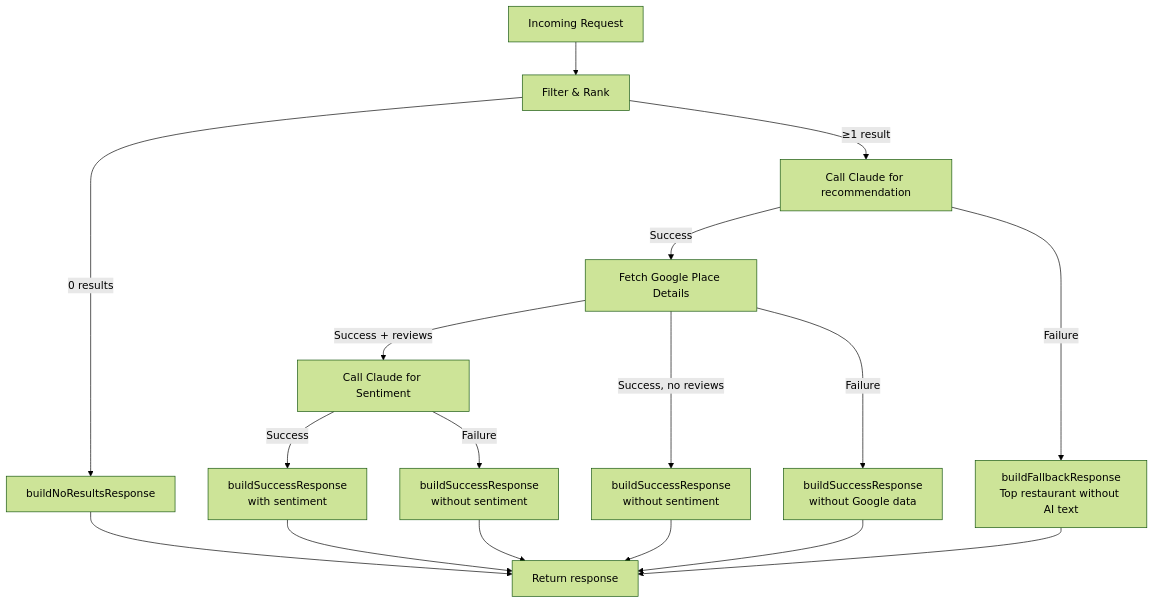
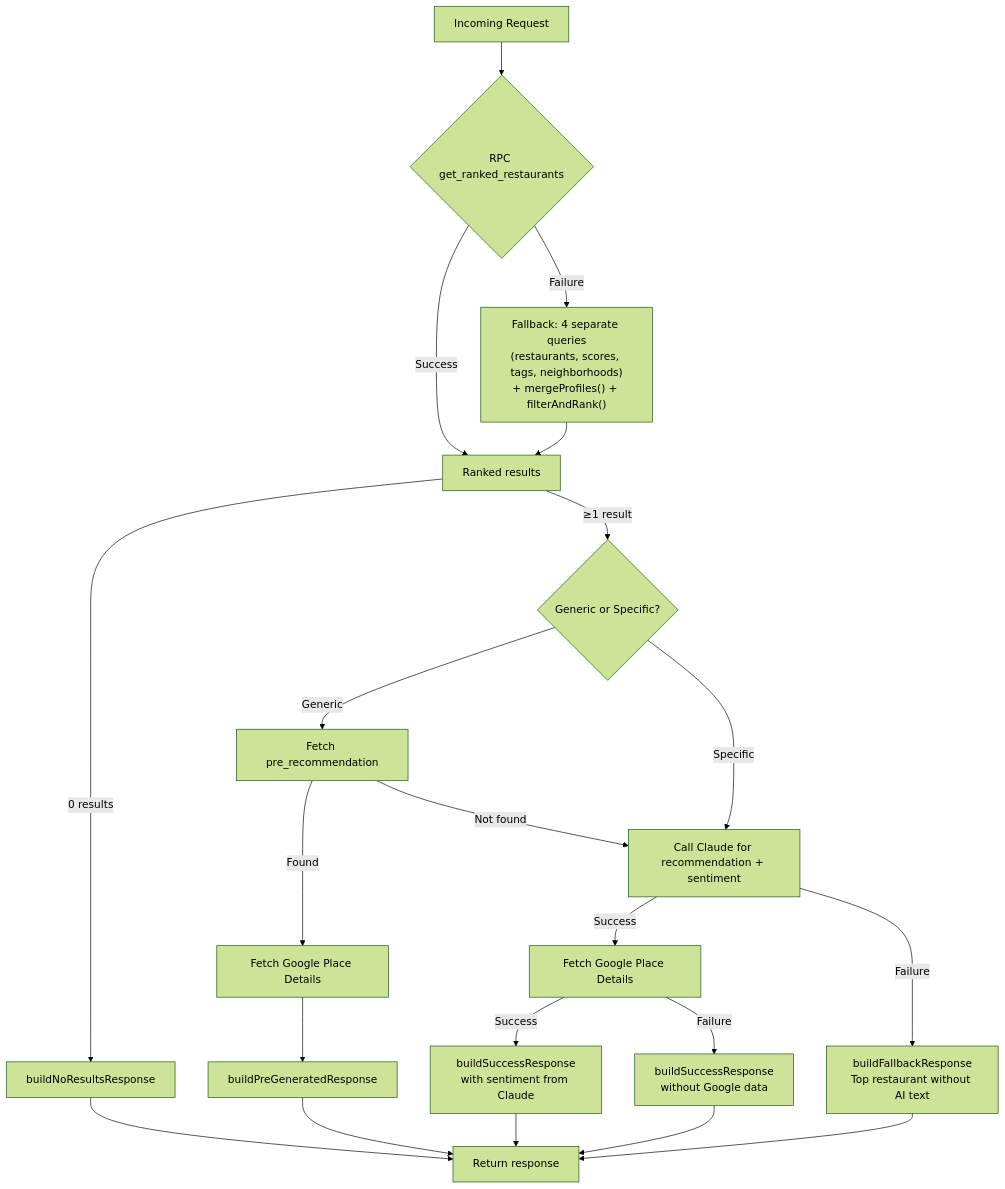
The ninth of 10 diagrams in docs/system-architecture.md (aacrit/dondeBackend), drawn with Mermaid (forest theme) before and after one commit. The commit also changed other lines of this file, not shown here.

First line of the commit message:
Update system architecture to reflect current optimized design

````diff
--- a/docs/system-architecture.md
+++ b/docs/system-architecture.md
@@ -307,22 +376,28 @@
 ```mermaid
 flowchart TD
-    REQ[Incoming Request] --> RANK[Filter & Rank]
-    RANK --> |"0 results"| NO_RESULTS[buildNoResultsResponse]
-    RANK --> |"≥1 result"| CLAUDE_CALL[Call Claude for recommendation]
-    CLAUDE_CALL --> |"Success"| GOOGLE_FETCH[Fetch Google Place Details]
-    CLAUDE_CALL --> |"Failure"| FALLBACK[buildFallbackResponse<br/>Top restaurant without AI text]
+    REQ[Incoming Request] --> RPC{RPC get_ranked_restaurants}
+    RPC -->|"Success"| RANK_OK[Ranked results]
+    RPC -->|"Failure"| LEGACY["Fallback: 4 separate queries<br/>(restaurants, scores, tags, neighborhoods)<br/>+ mergeProfiles() + filterAndRank()"]
+    LEGACY --> RANK_OK
 
-    GOOGLE_FETCH --> |"Success + reviews"| SENTIMENT[Call Claude for Sentiment]
-    GOOGLE_FETCH --> |"Success, no reviews"| SUCCESS[buildSuccessResponse<br/>without sentiment]
+    RANK_OK --> |"0 results"| NO_RESULTS[buildNoResultsResponse]
+    RANK_OK --> |"≥1 result"| DETECT{Generic or Specific?}
+
+    DETECT -->|Generic| PRE_REC[Fetch pre_recommendation]
+    PRE_REC -->|"Found"| GOOGLE_PRE[Fetch Google Place Details]
+    PRE_REC -->|"Not found"| SPECIFIC[Treat as specific request]
+
+    DETECT -->|Specific| SPECIFIC[Call Claude for recommendation + sentiment]
+    SPECIFIC --> |"Success"| GOOGLE_FETCH[Fetch Google Place Details]
+    SPECIFIC --> |"Failure"| FALLBACK[buildFallbackResponse<br/>Top restaurant without AI text]
+
+    GOOGLE_PRE --> BUILD_PRE[buildPreGeneratedResponse]
+    GOOGLE_FETCH --> |"Success"| SUCCESS[buildSuccessResponse<br/>with sentiment from Claude]
     GOOGLE_FETCH --> |"Failure"| SUCCESS2[buildSuccessResponse<br/>without Google data]
-
-    SENTIMENT --> |"Success"| SUCCESS3[buildSuccessResponse<br/>with sentiment]
-    SENTIMENT --> |"Failure"| SUCCESS4[buildSuccessResponse<br/>without sentiment]
 
     FALLBACK --> RESP[Return response]
     NO_RESULTS --> RESP
+    BUILD_PRE --> RESP
     SUCCESS --> RESP
     SUCCESS2 --> RESP
-    SUCCESS3 --> RESP
-    SUCCESS4 --> RESP
 ```
````
